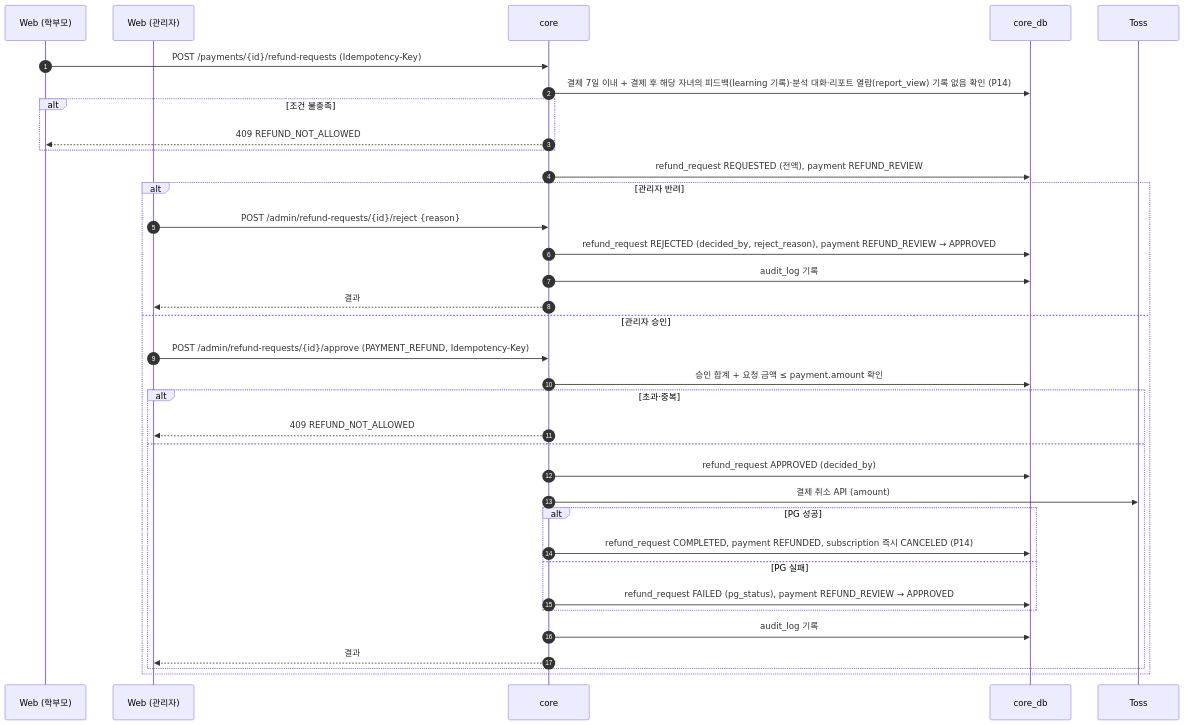
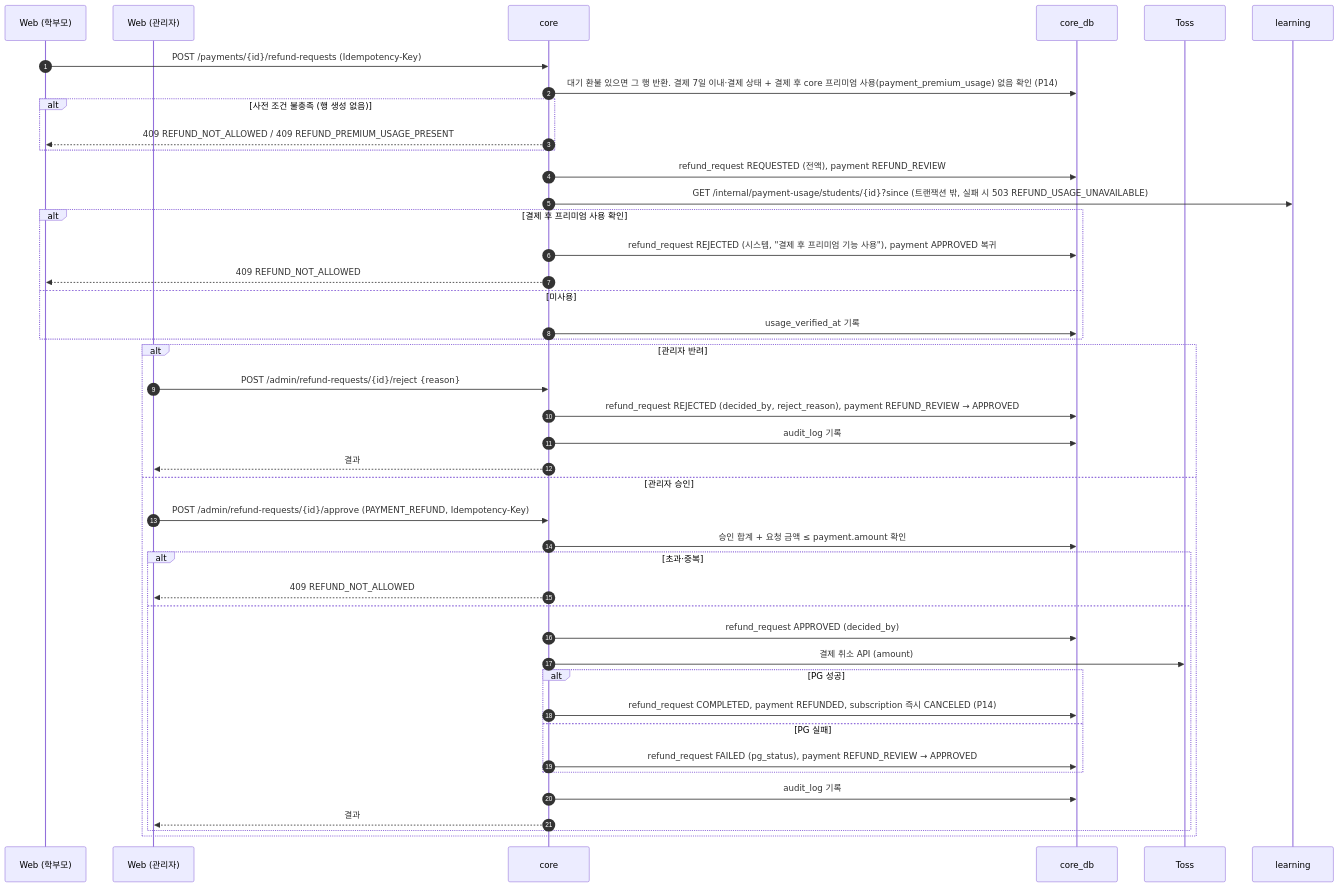
Before and after one commit to SKNETWORKS-FAMILY-AICAMP/SKN34-FINAL-3TEAM: diagram 31 of 36 in docs/design/sequence-diagram.md, drawn with Mermaid. The commit also changed other lines of this file and 21 other files, not shown here.

First line of the commit message:
fix: core 정합화 — 리포트 목록 전체 반환·설정 전달·계층 위반·문서 불일치 (#500)

````diff
--- a/docs/design/sequence-diagram.md
+++ b/docs/design/sequence-diagram.md
@@ -1297,38 +1297,46 @@
 ```mermaid
 sequenceDiagram
   autonumber
   participant W as Web (학부모)
   participant AW as Web (관리자)
   participant C as core
   participant DB as core_db
   participant T as Toss
+  participant L as learning
 
   W->>C: POST /payments/{id}/refund-requests (Idempotency-Key)
-  C->>DB: 결제 7일 이내 + 결제 후 해당 자녀의 피드백(learning 기록)·분석 대화·리포트 열람(report_view) 기록 없음 확인 (P14)
-  alt 조건 불충족
-    C-->>W: 409 REFUND_NOT_ALLOWED
+  C->>DB: 대기 환불 있으면 그 행 반환. 결제 7일 이내·결제 상태 + 결제 후 core 프리미엄 사용(payment_premium_usage) 없음 확인 (P14)
+  alt 사전 조건 불충족 (행 생성 없음)
+    C-->>W: 409 REFUND_NOT_ALLOWED / 409 REFUND_PREMIUM_USAGE_PRESENT
   end
   C->>DB: refund_request REQUESTED (전액), payment REFUND_REVIEW
+  C->>L: GET /internal/payment-usage/students/{id}?since (트랜잭션 밖, 실패 시 503 REFUND_USAGE_UNAVAILABLE)
+  alt 결제 후 프리미엄 사용 확인
+    C->>DB: refund_request REJECTED (시스템, "결제 후 프리미엄 기능 사용"), payment APPROVED 복귀
+    C-->>W: 409 REFUND_NOT_ALLOWED
+  else 미사용
+    C->>DB: usage_verified_at 기록
+  end
   alt 관리자 반려
     AW->>C: POST /admin/refund-requests/{id}/reject {reason}
     C->>DB: refund_request REJECTED (decided_by, reject_reason), payment REFUND_REVIEW → APPROVED
     C->>DB: audit_log 기록
     C-->>AW: 결과
   else 관리자 승인
     AW->>C: POST /admin/refund-requests/{id}/approve (PAYMENT_REFUND, Idempotency-Key)
     C->>DB: 승인 합계 + 요청 금액 ≤ payment.amount 확인
     alt 초과·중복
       C-->>AW: 409 REFUND_NOT_ALLOWED
     else
       C->>DB: refund_request APPROVED (decided_by)
       C->>T: 결제 취소 API (amount)
       alt PG 성공
         C->>DB: refund_request COMPLETED, payment REFUNDED, subscription 즉시 CANCELED (P14)
       else PG 실패
         C->>DB: refund_request FAILED (pg_status), payment REFUND_REVIEW → APPROVED
       end
       C->>DB: audit_log 기록
       C-->>AW: 결과
     end
   end
 ```
````
